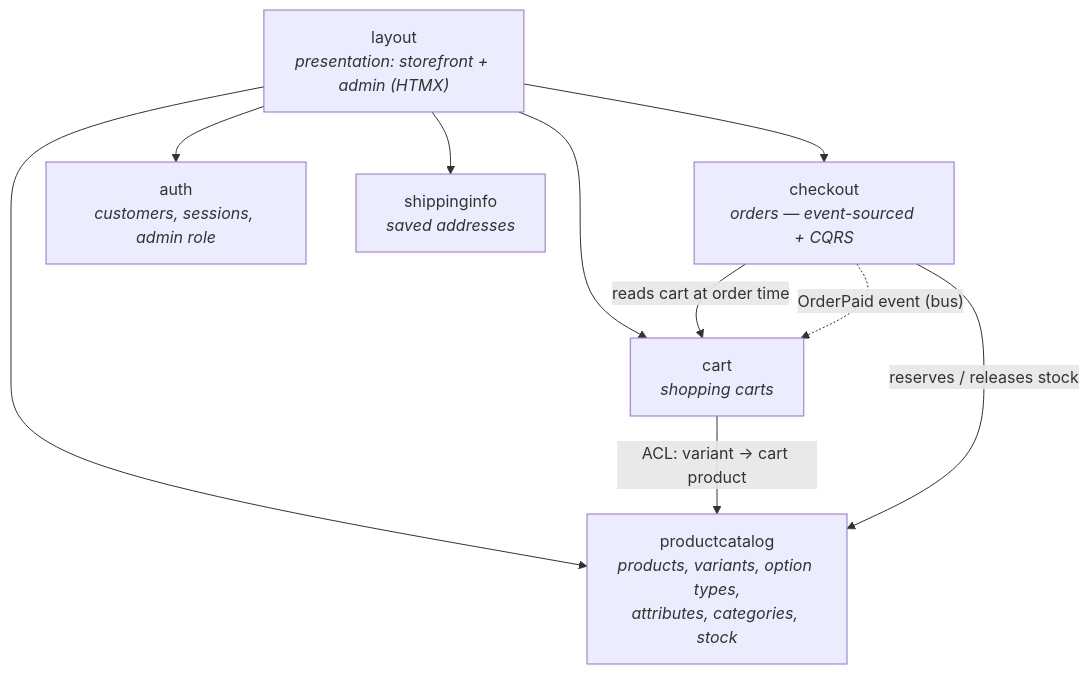
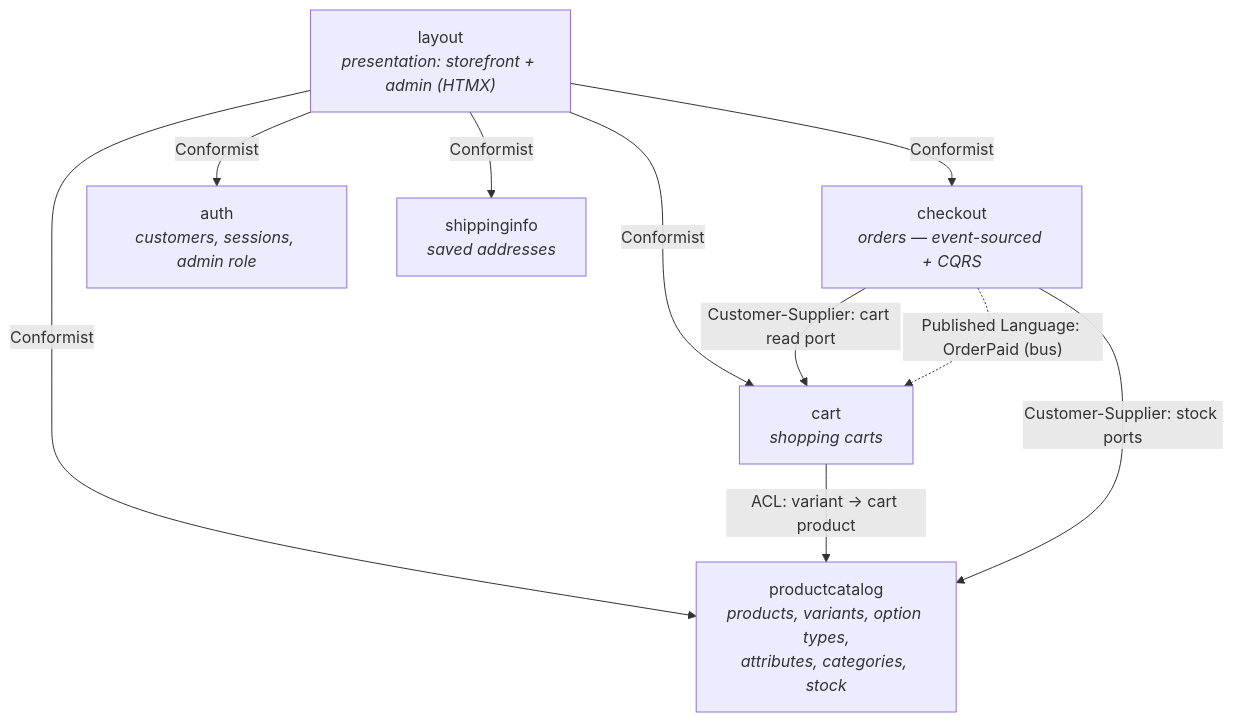
Before and after one commit to golang-app/ecommerce: the diagram in README.md, drawn with Mermaid. The commit also changed other lines of this file and 1 other file, not shown here.

````diff
--- a/README.md
+++ b/README.md
@@ -40,20 +40,20 @@
 ```mermaid
 graph TD
     layout["layout<br/><i>presentation: storefront + admin (HTMX)</i>"]
     productcatalog["productcatalog<br/><i>products, variants, option types,<br/>attributes, categories, stock</i>"]
     cart["cart<br/><i>shopping carts</i>"]
     checkout["checkout<br/><i>orders — event-sourced + CQRS</i>"]
     auth["auth<br/><i>customers, sessions, admin role</i>"]
     shippinginfo["shippinginfo<br/><i>saved addresses</i>"]
 
-    layout --> productcatalog
-    layout --> cart
-    layout --> checkout
-    layout --> auth
-    layout --> shippinginfo
+    layout -->|Conformist| productcatalog
+    layout -->|Conformist| cart
+    layout -->|Conformist| checkout
+    layout -->|Conformist| auth
+    layout -->|Conformist| shippinginfo
 
-    cart -- "ACL: variant → cart product" --> productcatalog
-    checkout -- "reads cart at order time" --> cart
-    checkout -- "reserves / releases stock" --> productcatalog
-    checkout -. "OrderPaid event (bus)" .-> cart
+    cart -->|ACL: variant → cart product| productcatalog
+    checkout -->|Customer-Supplier: cart read port| cart
+    checkout -->|Customer-Supplier: stock ports| productcatalog
+    checkout -. "Published Language: OrderPaid (bus)" .-> cart
 ```
````
